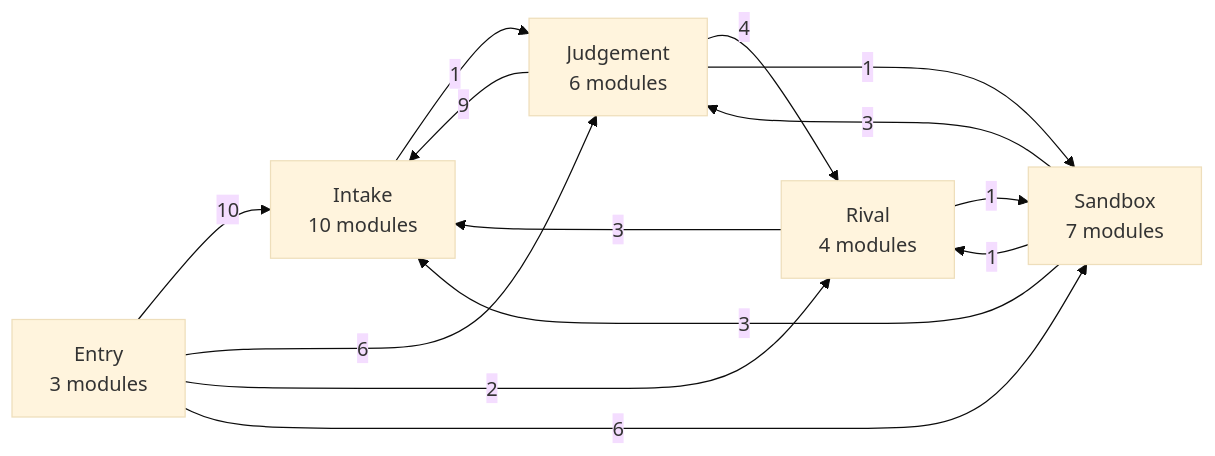
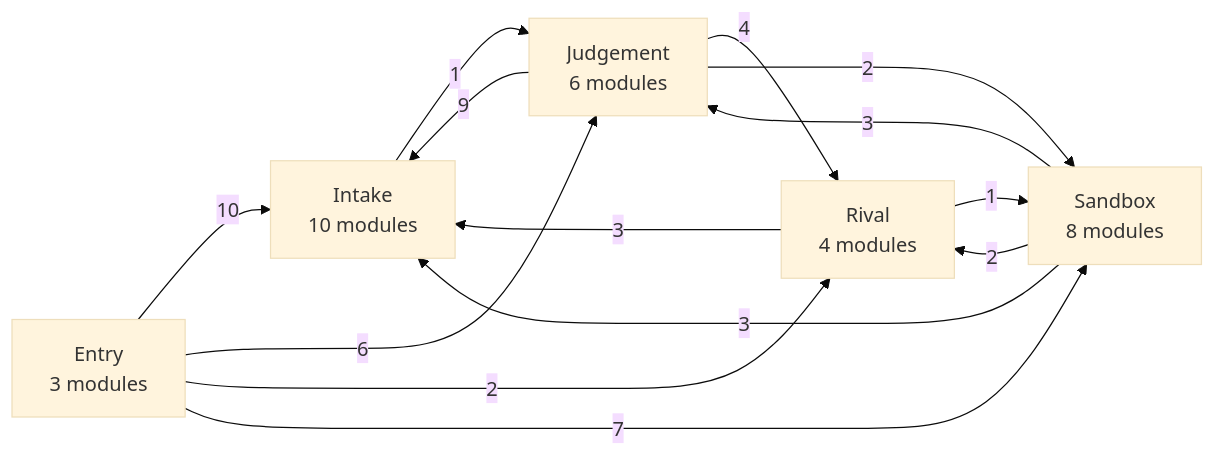
Before and after one commit to Okan-wqm/snowball-mcp: the second of 8 diagrams in docs/harita.md, drawn with Mermaid (base theme). The commit also changed other lines of this file and 15 other files, not shown here.

````diff
--- a/docs/harita.md
+++ b/docs/harita.md
@@ -85,21 +85,21 @@
 ```mermaid
 flowchart LR
   a_Entry["Entry<br/>3 modules"]
   a_Intake["Intake<br/>10 modules"]
-  a_Sandbox["Sandbox<br/>7 modules"]
+  a_Sandbox["Sandbox<br/>8 modules"]
   a_Rival["Rival<br/>4 modules"]
   a_Judgement["Judgement<br/>6 modules"]
   a_Entry -->|10| a_Intake
   a_Entry -->|6| a_Judgement
   a_Entry -->|2| a_Rival
-  a_Entry -->|6| a_Sandbox
+  a_Entry -->|7| a_Sandbox
   a_Intake -->|1| a_Judgement
   a_Judgement -->|9| a_Intake
   a_Judgement -->|4| a_Rival
-  a_Judgement -->|1| a_Sandbox
+  a_Judgement -->|2| a_Sandbox
   a_Rival -->|3| a_Intake
   a_Rival -->|1| a_Sandbox
   a_Sandbox -->|3| a_Intake
   a_Sandbox -->|3| a_Judgement
-  a_Sandbox -->|1| a_Rival
+  a_Sandbox -->|2| a_Rival
 ```
````
